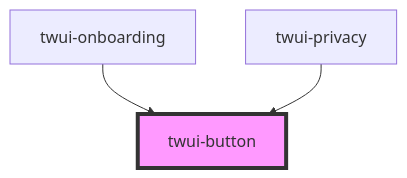
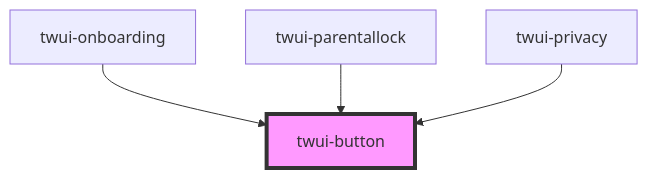
The diagram in src/frontend/src/components/twui/src/components/molecules/button/readme.md (frostaura/TaleWeaver), drawn with Mermaid before and after one commit. The commit also changed other lines of this file and 12 other files, not shown here.

````diff
--- a/src/frontend/src/components/twui/src/components/molecules/button/readme.md
+++ b/src/frontend/src/components/twui/src/components/molecules/button/readme.md
@@ -27,6 +28,7 @@
 ```mermaid
 graph TD;
   twui-onboarding --> twui-button
+  twui-parentallock --> twui-button
   twui-privacy --> twui-button
   style twui-button fill:#f9f,stroke:#333,stroke-width:4px
 ```
````
